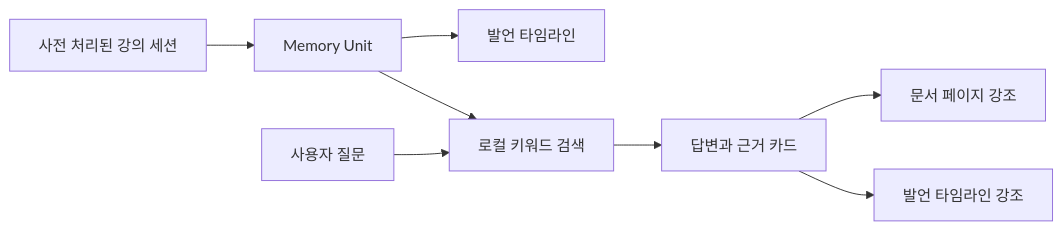
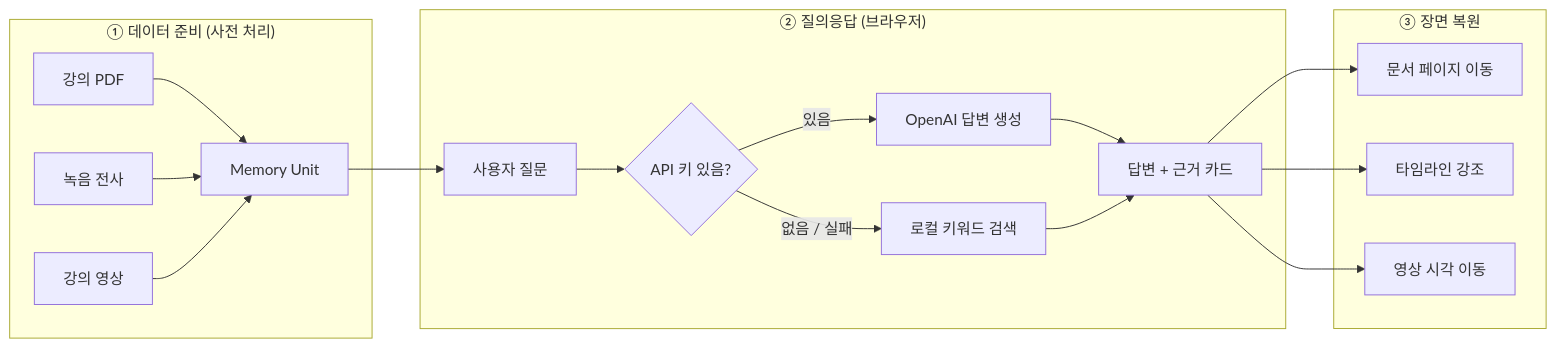
The diagram in README.md (nxtcloud-edu/2026-khuniv-NIC-team08), drawn with Mermaid before and after one commit. The commit also changed other lines of this file, not shown here.

````diff
--- a/README.md
+++ b/README.md
@@ -122,10 +156,24 @@
 ```mermaid
 flowchart LR
-    A[사전 처리된 강의 세션] --> B[Memory Unit]
-    B --> C[발언 타임라인]
-    B --> D[로컬 키워드 검색]
-    E[사용자 질문] --> D
-    D --> F[답변과 근거 카드]
-    F --> G[문서 페이지 강조]
-    F --> H[발언 타임라인 강조]
+    subgraph P1["① 데이터 준비 (사전 처리)"]
+        A1[강의 PDF] --> B[Memory Unit]
+        A2[녹음 전사] --> B
+        A3[강의 영상] --> B
+    end
+
+    subgraph P2["② 질의응답 (브라우저)"]
+        Q[사용자 질문] --> R{"API 키 있음?"}
+        R -- "있음" --> G[OpenAI 답변 생성]
+        R -- "없음 / 실패" --> L[로컬 키워드 검색]
+        G --> E[답변 + 근거 카드]
+        L --> E
+    end
+
+    subgraph P3["③ 장면 복원"]
+        E --> V[문서 페이지 이동]
+        E --> T[타임라인 강조]
+        E --> M[영상 시각 이동]
+    end
+
+    B --> Q
 ```
````
